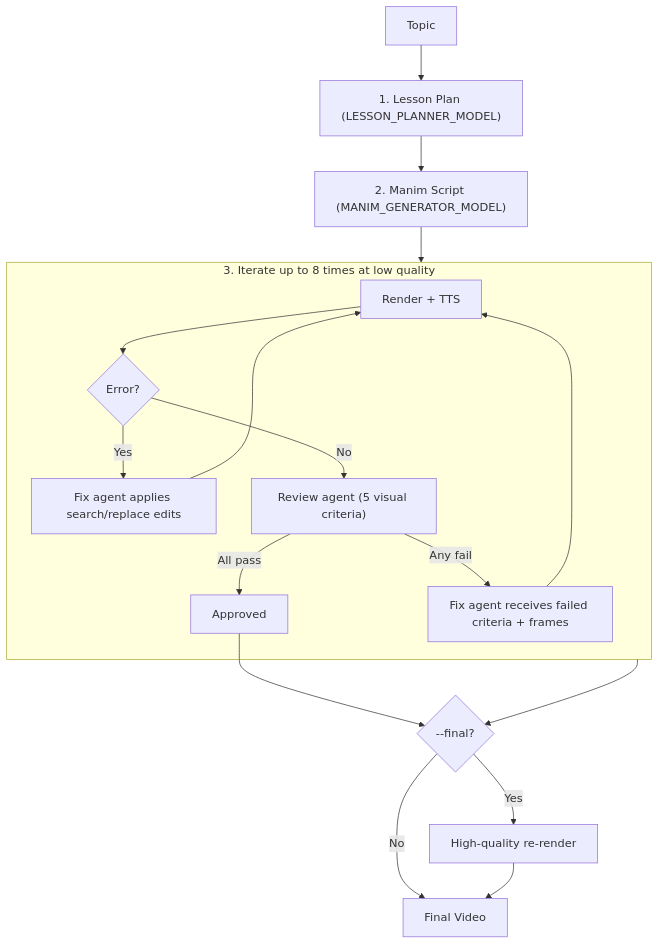
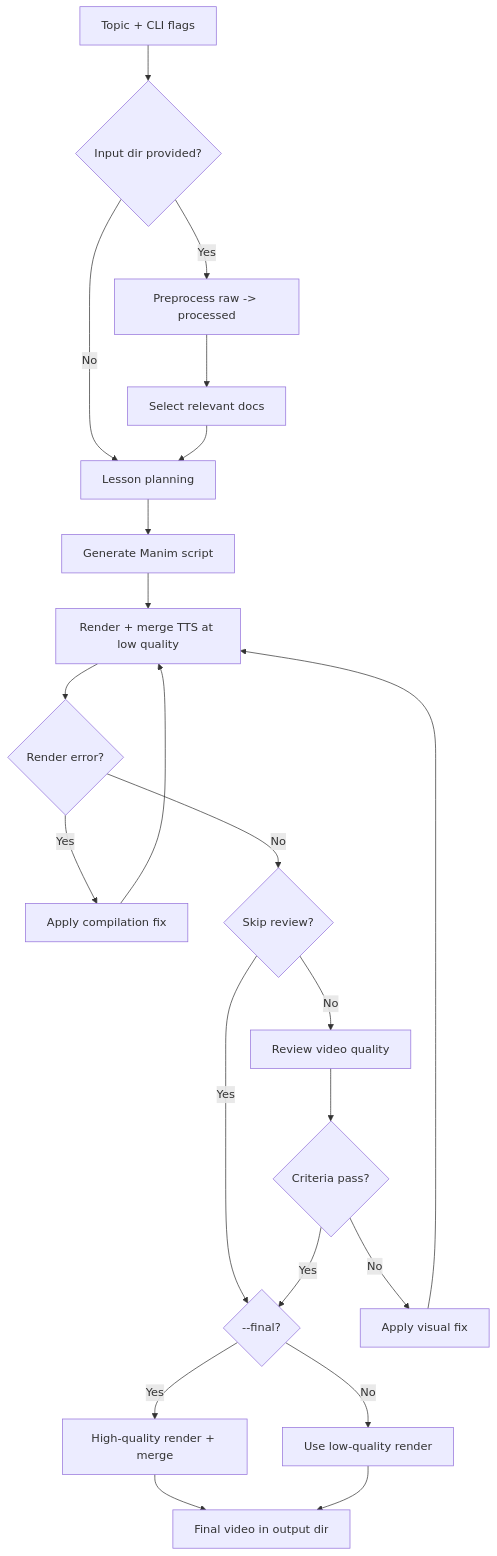
The diagram in README.md (pizzaburgare/grasp), drawn with Mermaid before and after one commit. The commit also changed other lines of this file, not shown here.

````diff
--- a/README.md
+++ b/README.md
@@ -238,22 +257,26 @@
 ```mermaid
 flowchart TD
-    A[Topic] --> B["1. Lesson Plan (LESSON_PLANNER_MODEL)"]
-    B --> C["2. Manim Script (MANIM_GENERATOR_MODEL)"]
-    C --> LOOP
+   A[Topic + CLI flags] --> B{Input dir provided?}
+   B -- No --> C[Lesson planning]
+   B -- Yes --> D[Preprocess raw -> processed]
+   D --> E[Select relevant docs]
+   E --> C
 
-    subgraph LOOP["3. Iterate up to 8 times at low quality"]
-        R[Render + TTS] --> ERR{Error?}
-        ERR -- Yes --> FIX_COMPILE["Fix agent applies search/replace edits"] --> R
-        ERR -- No --> REV["Review agent (5 visual criteria)"]
-        REV -- All pass --> DONE[Approved]
-        REV -- Any fail --> FIX_VISUAL["Fix agent receives failed criteria + frames"] --> R
-    end
+   C --> F[Generate Manim script]
+   F --> G[Render + merge TTS at low quality]
+   G --> H{Render error?}
+   H -- Yes --> I[Apply compilation fix]
+   I --> G
+   H -- No --> J{Skip review?}
+   J -- Yes --> K{--final?}
+   J -- No --> L[Review video quality]
+   L --> M{Criteria pass?}
+   M -- No --> N[Apply visual fix]
+   N --> G
+   M -- Yes --> K
 
-    DONE --> OUT
-    LOOP --> OUT
-
-    OUT{--final?}
-    OUT -- Yes --> HQ[High-quality re-render]
-    OUT -- No --> V[Final Video]
-    HQ --> V
+   K -- Yes --> O[High-quality render + merge]
+   K -- No --> P[Use low-quality render]
+   O --> Q[Final video in output dir]
+   P --> Q
 ```
````
